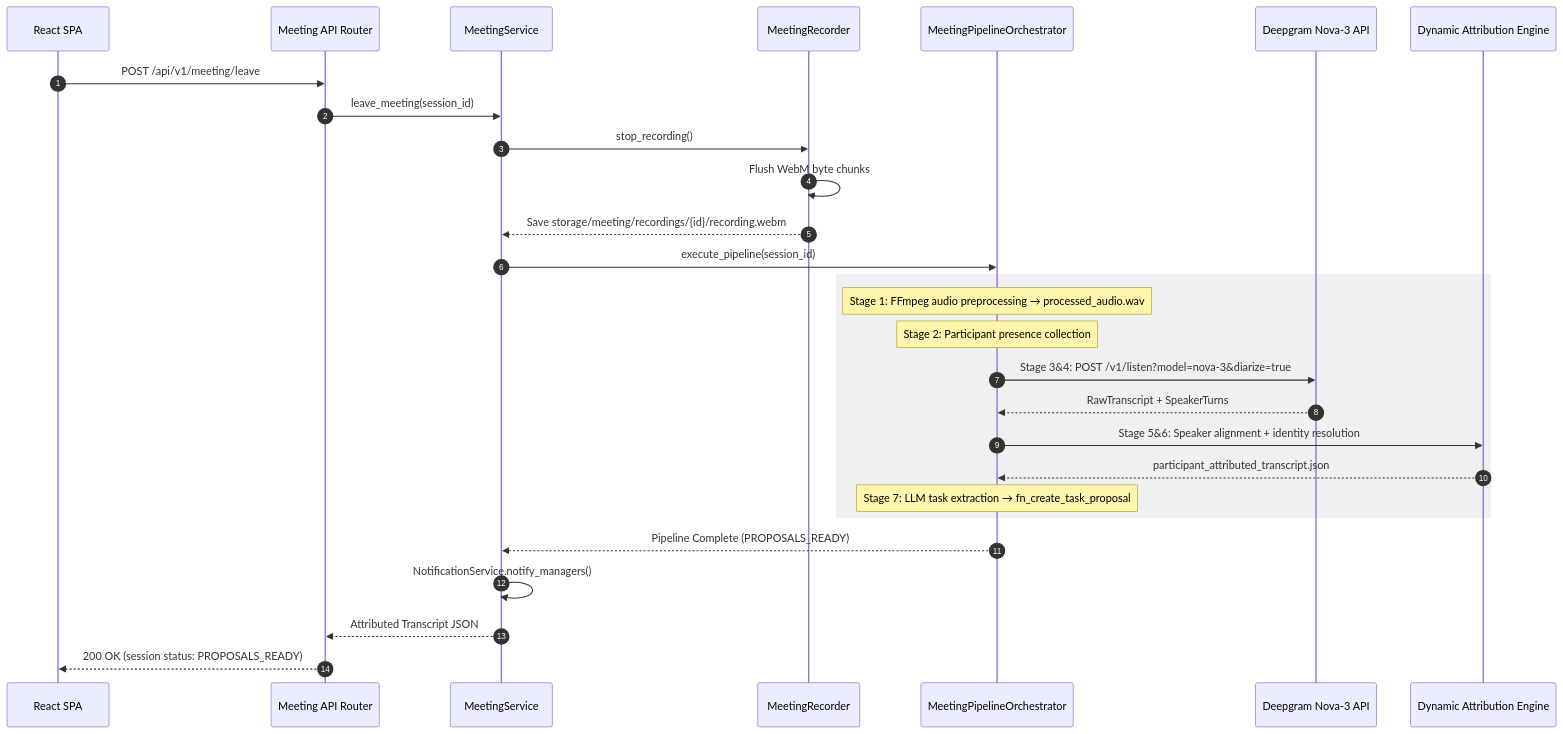
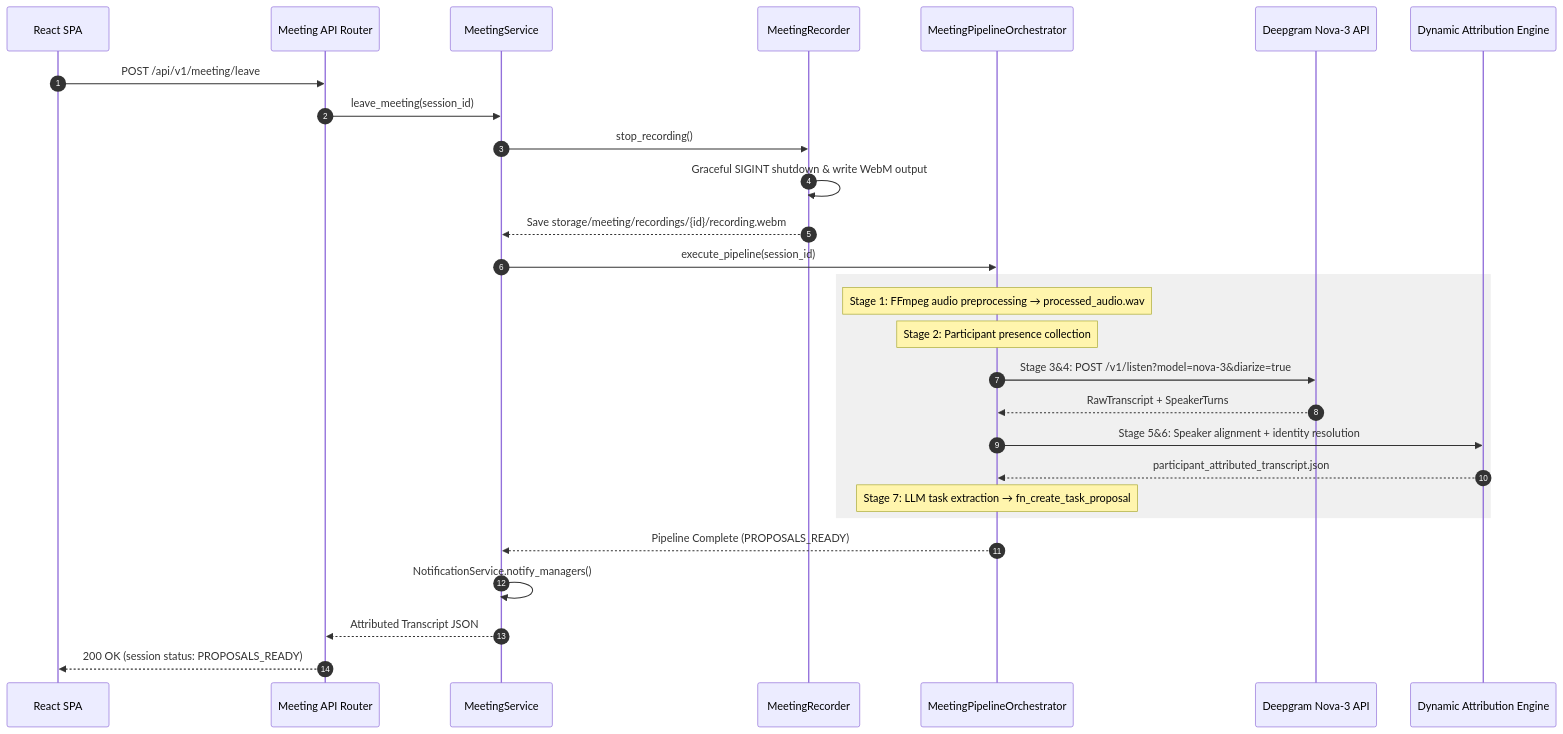
The sixth of 11 diagrams in docs/10_CODE_EXECUTION_FLOW.md (CoderArindam/Xyntra), drawn with Mermaid before and after one commit. The commit also changed other lines of this file and 19 other files, not shown here.

````diff
--- a/docs/10_CODE_EXECUTION_FLOW.md
+++ b/docs/10_CODE_EXECUTION_FLOW.md
@@ -136,33 +136,33 @@
 ```mermaid
 sequenceDiagram
     autonumber
     participant User as React SPA
     participant API as Meeting API Router
     participant Service as MeetingService
     participant Rec as MeetingRecorder
     participant Orchestrator as MeetingPipelineOrchestrator
     participant Deepgram as Deepgram Nova-3 API
     participant Engine as Dynamic Attribution Engine
 
     User->>API: POST /api/v1/meeting/leave
     API->>Service: leave_meeting(session_id)
     Service->>Rec: stop_recording()
-    Rec->>Rec: Flush WebM byte chunks
+    Rec->>Rec: Graceful SIGINT shutdown & write WebM output
     Rec-->>Service: Save storage/meeting/recordings/{id}/recording.webm
     Service->>Orchestrator: execute_pipeline(session_id)
 
     rect rgb(240, 240, 240)
         Note over Orchestrator: Stage 1: FFmpeg audio preprocessing → processed_audio.wav
         Note over Orchestrator: Stage 2: Participant presence collection
         Orchestrator->>Deepgram: Stage 3&4: POST /v1/listen?model=nova-3&diarize=true
         Deepgram-->>Orchestrator: RawTranscript + SpeakerTurns
         Orchestrator->>Engine: Stage 5&6: Speaker alignment + identity resolution
         Engine-->>Orchestrator: participant_attributed_transcript.json
         Note over Orchestrator: Stage 7: LLM task extraction → fn_create_task_proposal
     end
 
     Orchestrator-->>Service: Pipeline Complete (PROPOSALS_READY)
     Service->>Service: NotificationService.notify_managers()
     Service-->>API: Attributed Transcript JSON
     API-->>User: 200 OK (session status: PROPOSALS_READY)
 ```
````
